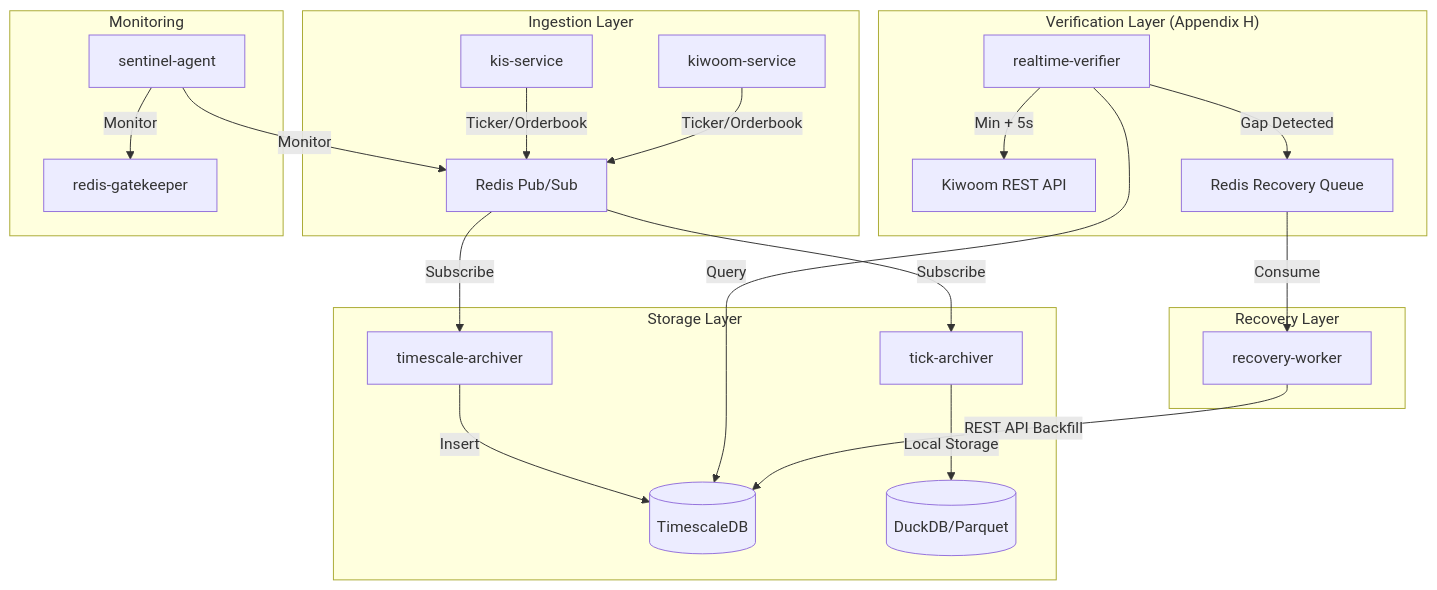
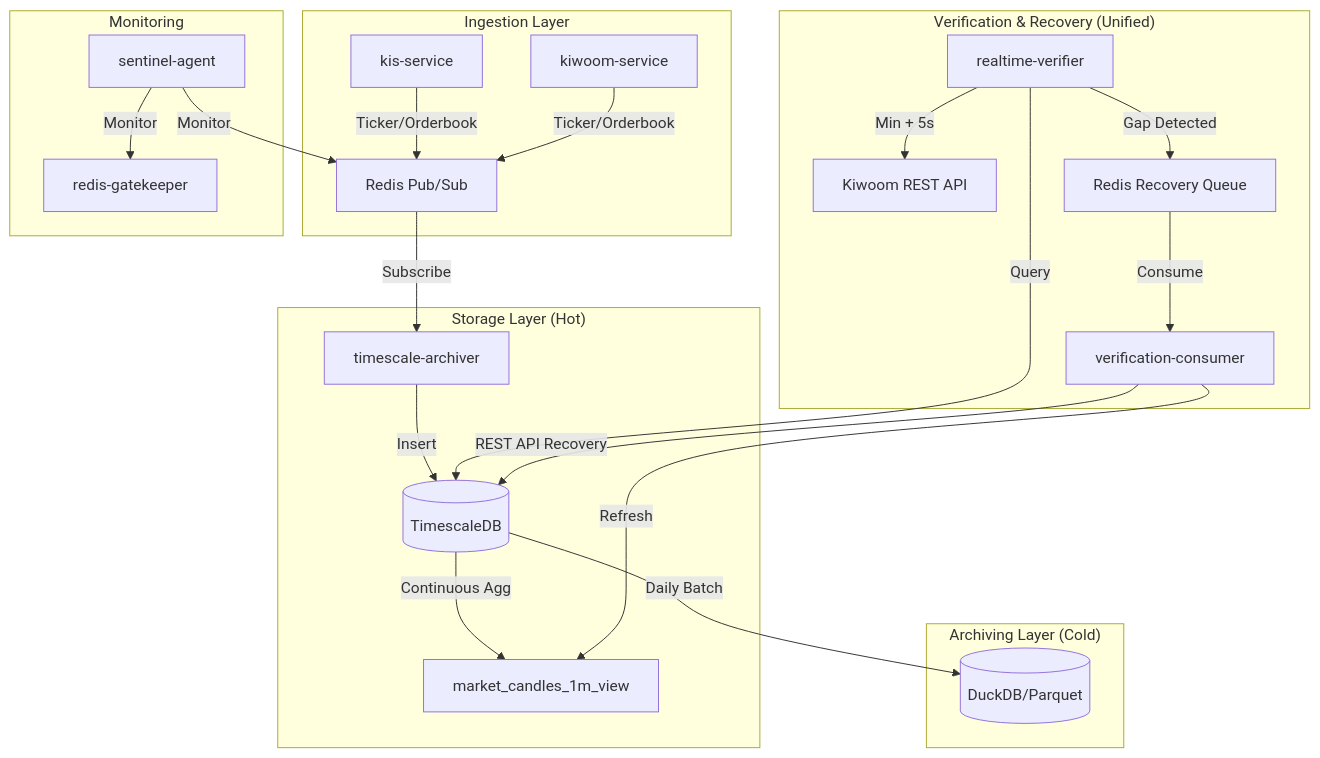
The diagram in docs/governance/ground_truth_policy.md (Johnssonslotion/stock_monitoring), drawn with Mermaid before and after one commit. The commit also changed other lines of this file and 12 other files, not shown here.

````diff
--- a/docs/governance/ground_truth_policy.md
+++ b/docs/governance/ground_truth_policy.md
@@ -279,30 +279,31 @@
 ```mermaid
 graph TD
     subgraph "Ingestion Layer"
         KIS[kis-service] --> |Ticker/Orderbook| R_Pub[Redis Pub/Sub]
         Kiwoom[kiwoom-service] --> |Ticker/Orderbook| R_Pub
     end
 
-    subgraph "Storage Layer"
+    subgraph "Storage Layer (Hot)"
         R_Pub --> |Subscribe| TSArch[timescale-archiver]
-        R_Pub --> |Subscribe| TArch[tick-archiver]
         TSArch --> |Insert| TSDB[(TimescaleDB)]
-        TArch --> |Local Storage| Duck[(DuckDB/Parquet)]
+        TSDB --> |Continuous Agg| Views[market_candles_1m_view]
     end
 
-    subgraph "Verification Layer (Appendix H)"
+    subgraph "Verification & Recovery (Unified)"
         RV[realtime-verifier] --> |Min + 5s| K_API[Kiwoom REST API]
         RV --> |Query| TSDB
         RV --> |Gap Detected| R_Que[Redis Recovery Queue]
+        R_Que --> |Consume| VC[verification-consumer]
+        VC --> |REST API Recovery| TSDB
+        VC --> |Refresh| Views
     end
 
-    subgraph "Recovery Layer"
-        R_Que --> |Consume| RW[recovery-worker]
-        RW --> |REST API Backfill| TSDB
+    subgraph "Archiving Layer (Cold)"
+        TSDB --> |Daily Batch| Duck[(DuckDB/Parquet)]
     end
 
     subgraph "Monitoring"
         Sentinel[sentinel-agent] --> |Monitor| R_Pub
         Sentinel --> |Monitor| R_Gate[redis-gatekeeper]
     end
 ```
````
